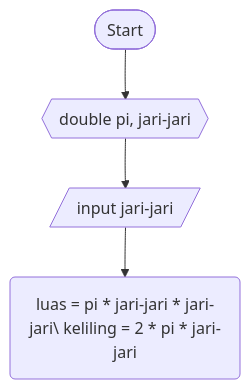
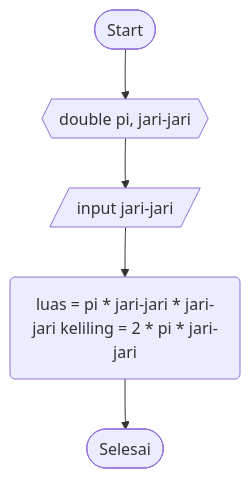
The diagram in Lingkaran.md (SATRIODIANNUGROHO/Latihan4_27_SatrioDianNugroho), drawn with Mermaid before and after one commit.

````diff
--- a/Lingkaran.md
+++ b/Lingkaran.md
@@ -15,6 +15,7 @@
 ```mermaid
 graph TD;
     A([Start])-->B{{double pi, jari-jari}};
     B{{double pi, jari-jari}}-->C[/input jari-jari/];
-    C[/input jari-jari/]-->D(luas = pi * jari-jari * jari-jari\ keliling = 2 * pi * jari-jari);
+    C[/input jari-jari/]-->D(luas = pi * jari-jari * jari-jari keliling = 2 * pi * jari-jari);
+    D(luas = pi * jari-jari * jari-jari keliling = 2 * pi * jari-jari)-->E([Selesai]);
 ```
````
